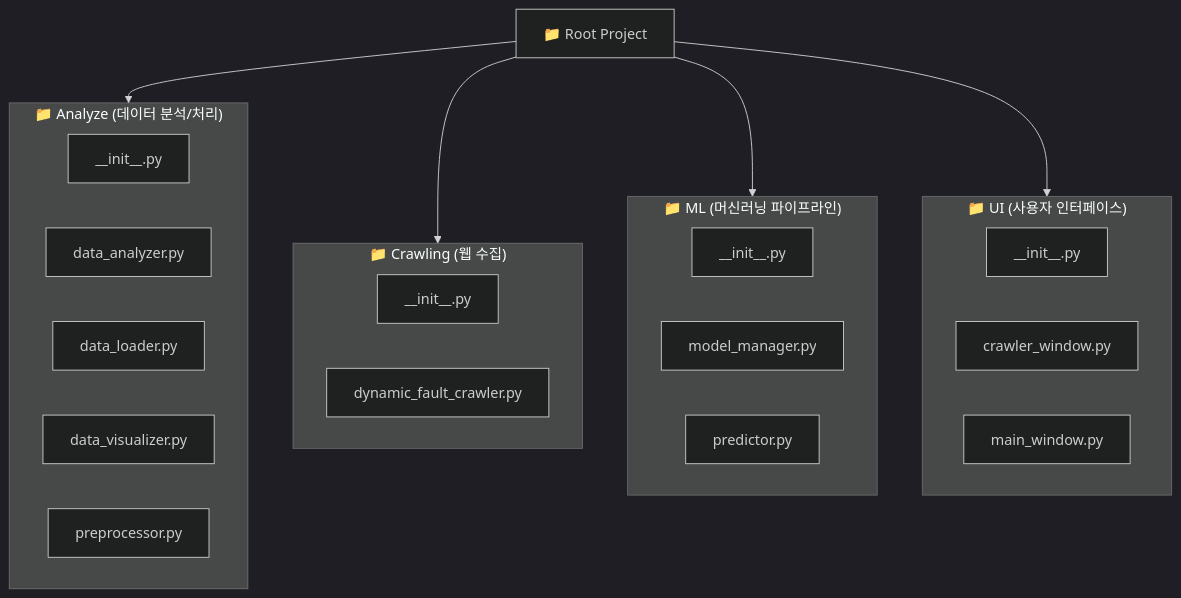
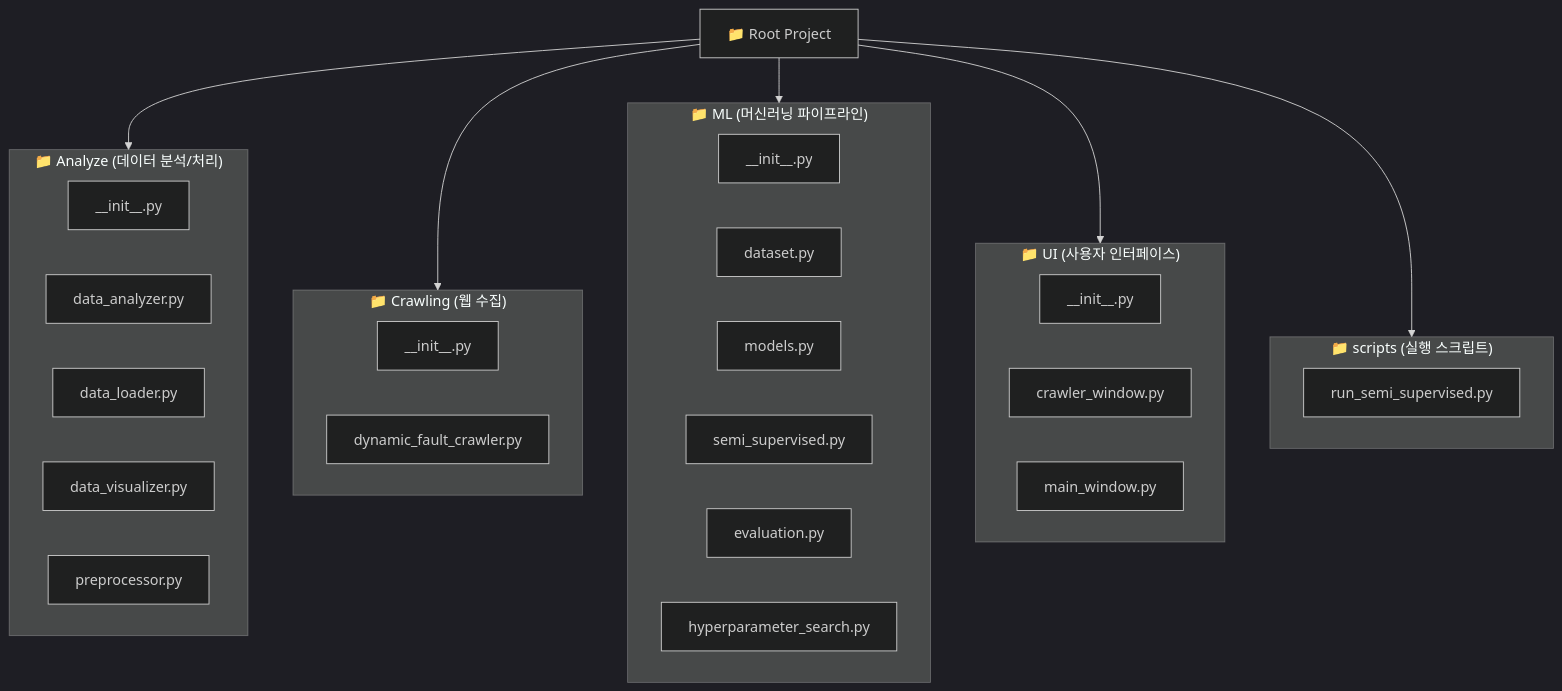
The second of 2 diagrams in README.md (mitsuiJin/python-mini-project), drawn with Mermaid (dark theme) before and after one commit. The commit also changed other lines of this file and 1 other file, not shown here.

````diff
--- a/README.md
+++ b/README.md
@@ -120,38 +122,47 @@
 ```mermaid
 graph TD
     Root["📁 Root Project"]
     
     %% Analyze Group
     subgraph Analyze ["📁 Analyze (데이터 분석/처리)"]
         A0["__init__.py"]
         A1["data_analyzer.py"]
         A2["data_loader.py"]
         A3["data_visualizer.py"]
         A4["preprocessor.py"]
     end
 
     %% Crawling Group
     subgraph Crawling ["📁 Crawling (웹 수집)"]
         C0["__init__.py"]
         C1["dynamic_fault_crawler.py"]
     end
 
     %% ML Group
     subgraph ML ["📁 ML (머신러닝 파이프라인)"]
         M0["__init__.py"]
-        M1["model_manager.py"]
-        M2["predictor.py"]
+        M1["dataset.py"]
+        M2["models.py"]
+        M3["semi_supervised.py"]
+        M4["evaluation.py"]
+        M5["hyperparameter_search.py"]
     end
 
     %% UI Group
     subgraph UI ["📁 UI (사용자 인터페이스)"]
         U0["__init__.py"]
         U1["crawler_window.py"]
         U2["main_window.py"]
     end
 
+    %% Scripts Group
+    subgraph Scripts ["📁 scripts (실행 스크립트)"]
+        SC0["run_semi_supervised.py"]
+    end
+
     Root --> Analyze
     Root --> Crawling
     Root --> ML
     Root --> UI
+    Root --> Scripts
 ```
````
